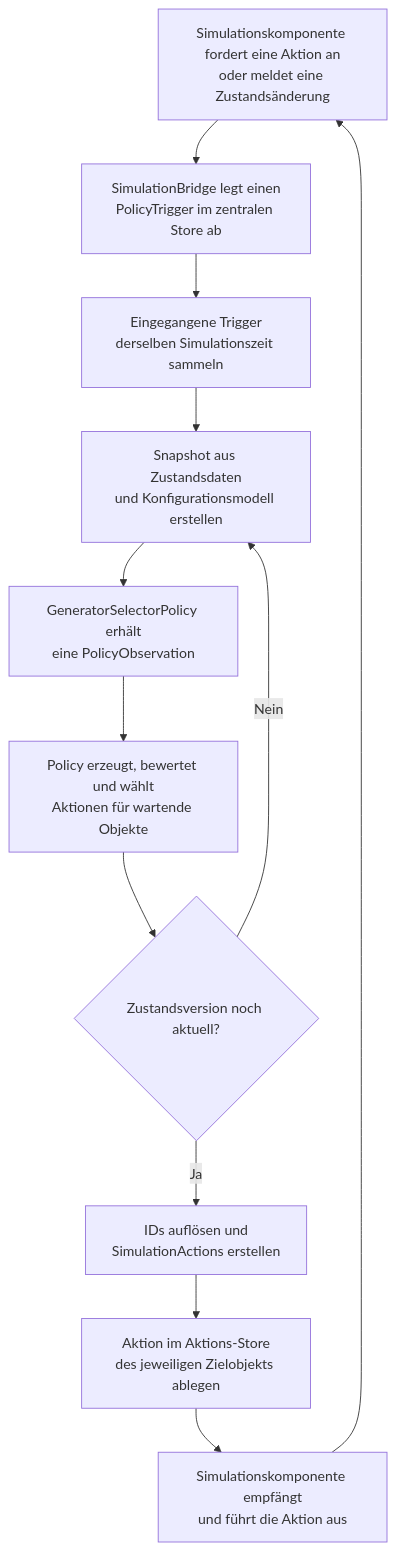
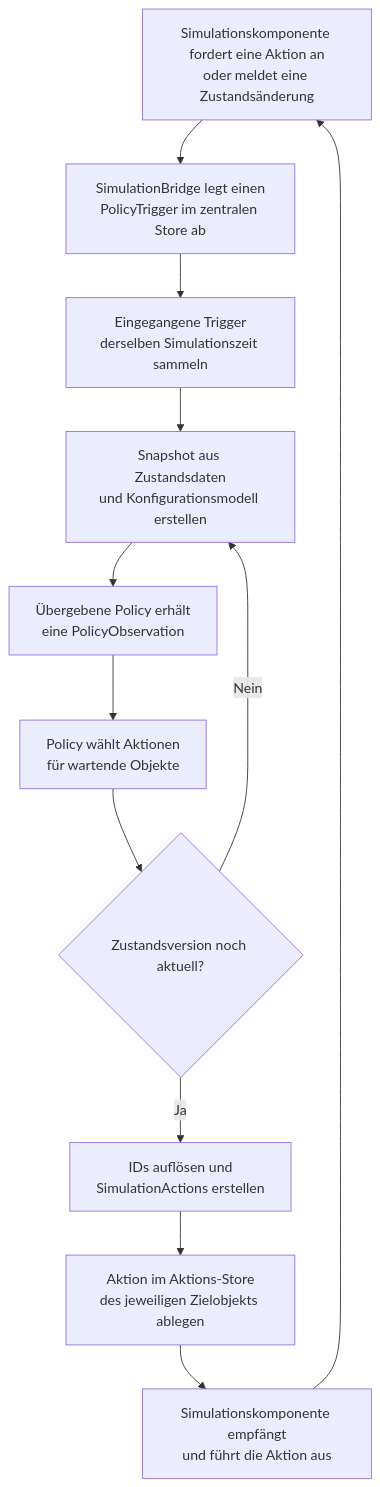
The fourth of 14 diagrams in README.md (ghackenberg/SpineML), drawn with Mermaid before and after one commit. The commit also changed other lines of this file and 52 other files, not shown here.

Commit message:
Separate policy architecture and publish RL environment and runtime tools

````diff
--- a/README.md
+++ b/README.md
@@ -1062,15 +1076,15 @@
 ```mermaid
 flowchart TD
     A[Simulationskomponente fordert eine Aktion an<br/>oder meldet eine Zustandsänderung]
     A --> B[SimulationBridge legt einen<br/>PolicyTrigger im zentralen Store ab]
     B --> C[Eingegangene Trigger<br/>derselben Simulationszeit sammeln]
     C --> D[Snapshot aus Zustandsdaten<br/>und Konfigurationsmodell erstellen]
-    D --> E[GeneratorSelectorPolicy erhält<br/>eine PolicyObservation]
-    E --> F[Policy erzeugt, bewertet und wählt<br/>Aktionen für wartende Objekte]
+    D --> E[Übergebene Policy erhält<br/>eine PolicyObservation]
+    E --> F[Policy wählt Aktionen<br/>für wartende Objekte]
     F --> G{Zustandsversion noch aktuell?}
     G -- Nein --> D
     G -- Ja --> H[IDs auflösen und<br/>SimulationActions erstellen]
     H --> I[Aktion im Aktions-Store<br/>des jeweiligen Zielobjekts ablegen]
     I --> J[Simulationskomponente empfängt<br/>und führt die Aktion aus]
     J --> A
 ```
````
